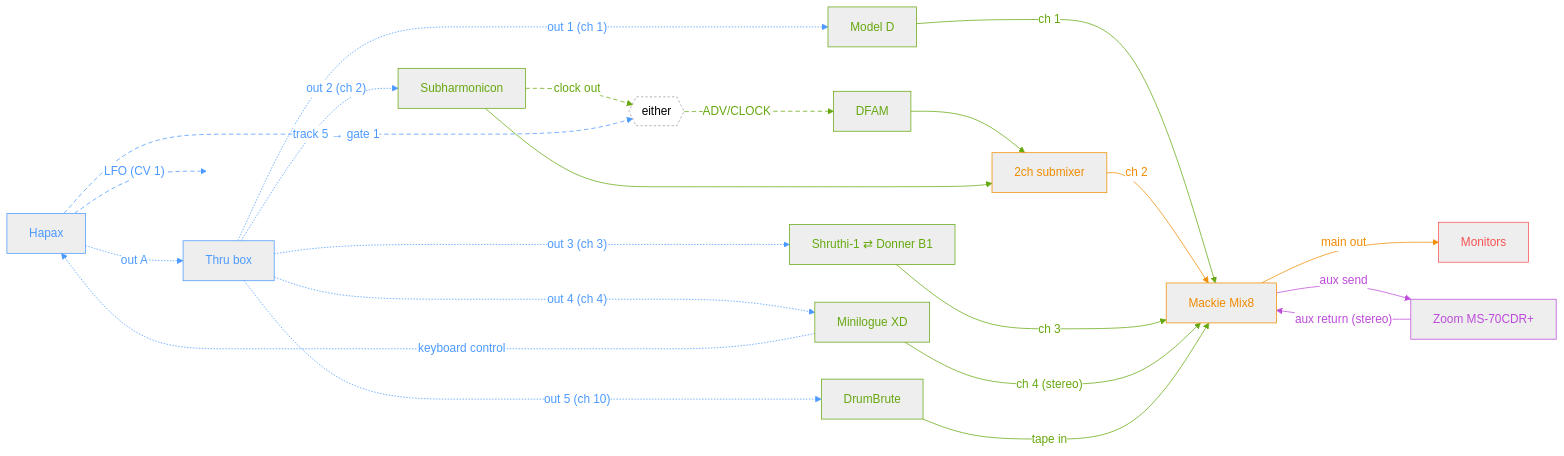
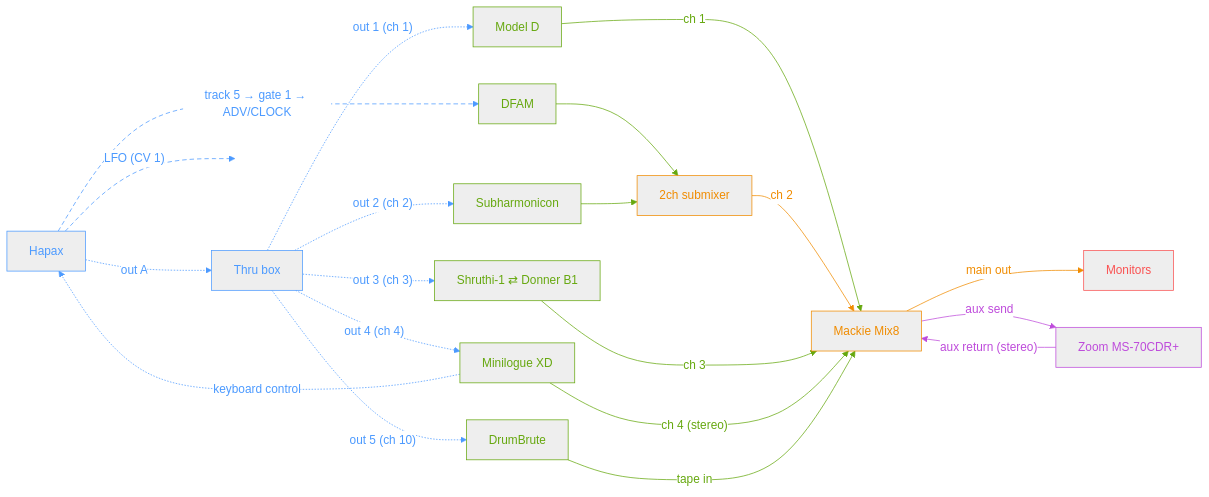
One commit to saponace/synth-setup changed the diagram in README.md. Above: the diagram before and after it, drawn with Mermaid.

Commit message:
remove subh -> dfam CLCK

````diff
--- a/README.md
+++ b/README.md
@@ -1,82 +1,76 @@
 ```mermaid
 ---
 config:
   theme: neutral
 ---
 flowchart LR
     %% ----- One color per logical section; line style = signal type -----
     classDef sequencer stroke:#4c9aff,color:#4c9aff
     classDef sequencerCV stroke:#4c9aff,color:#4c9aff,stroke-dasharray: 6 4
     classDef synths stroke:#66a80f,color:#66a80f
     classDef synthsCV stroke:#66a80f,color:#66a80f,stroke-dasharray: 6 4
     classDef mixer stroke:#f08c00,color:#f08c00
     classDef fx stroke:#be4bdb,color:#be4bdb
     classDef monitoring stroke:#fa5252,color:#fa5252
 
     %% ===== Sequencer brain =====
     HAPAX["Hapax"]:::sequencer
     SPLIT["Thru box"]:::sequencer
     SPARECV[" "]
     style SPARECV fill:none,stroke:none
 
     %% ===== Synths =====
     MODELD["Model D"]:::synths
     SUBH["Subharmonicon"]:::synths
     SWAP["Shruthi-1 ⇄ Donner B1"]:::synths
     XD["Minilogue XD"]:::synths
     DBI["DrumBrute"]:::synths
     DFAM["DFAM"]:::synths
-    %% patch point, not a device: only one clock cable is plugged at a time
-    CLKSEL{{"either"}}
-    style CLKSEL fill:none,stroke-dasharray: 3 3
 
     %% ===== Mixer / send  =====
     SUBMIX["2ch submixer"]:::mixer
     MIX["Mackie Mix8"]:::mixer
     MON["Monitors"]:::monitoring
     ZOOM["Zoom MS-70CDR+"]:::fx
 
     %% ----- MIDI links (dotted) -----
     HAPAX midi0@-. "out A" .-> SPLIT
     SPLIT midi1@-. "out 1 (ch 1)" .-> MODELD
     SPLIT midi5@-. "out 2 (ch 2)" .-> SUBH
     SPLIT midi3@-. "out 3 (ch 3)" .-> SWAP
     SPLIT midi4@-. "out 4 (ch 4)" .-> XD
     SPLIT midi2@-. "out 5 (ch 10)" .-> DBI
     XD midi6@-. "keyboard control" .-> HAPAX
     class midi0,midi1,midi2,midi3,midi4,midi5,midi6 sequencer
 
     %% ----- CV/Gate/Clock links (dashed) -----
     HAPAX cv1@-- "LFO (CV 1)" --> SPARECV
     class cv1 sequencerCV
 
-    SUBH clk1@-- "clock out" --> CLKSEL
-    HAPAX clk2@-- "track 5 → gate 1" --> CLKSEL
-    CLKSEL clk3@-- "ADV/CLOCK" --> DFAM
-    class clk1,clk3 synthsCV
-    class clk2 sequencerCV
+    HAPAX clk1@-- "track 5 → gate 1 → ADV/CLOCK" --> DFAM
+    class clk1 sequencerCV
 
     %% ----- Audio links (solid) -----
     %% (~~~ invisible links keep the six synths column-aligned despite
     %% DFAM/Subharmonicon reaching the mixer via the submixer)
     MODELD ~~~ SUBMIX
     DFAM audio1@--> SUBMIX
     MODELD audio3@-- "ch 1" --> MIX
     SUBH audio2@--> SUBMIX
     SUBMIX audio4@-- "ch 2" --> MIX
     SWAP audio5@-- "ch 3" --> MIX
     XD audio6@-- "ch 4 (stereo)" --> MIX
     DBI audio7@-- "tape in" --> MIX
     SWAP ~~~ SUBMIX
     XD ~~~ SUBMIX
     DBI ~~~ SUBMIX
     class audio1,audio2,audio3,audio5,audio6,audio7 synths
     class audio4 mixer
 
     MIX out@-- "main out" --> MON
     class out mixer
 
     MIX fxSend@-- "aux send" --> ZOOM
     ZOOM fxReturn@-- "aux return (stereo)" --> MIX
     class fxSend,fxReturn fx
 ```
````
